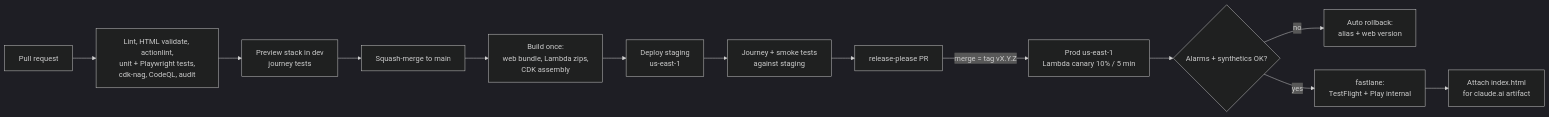
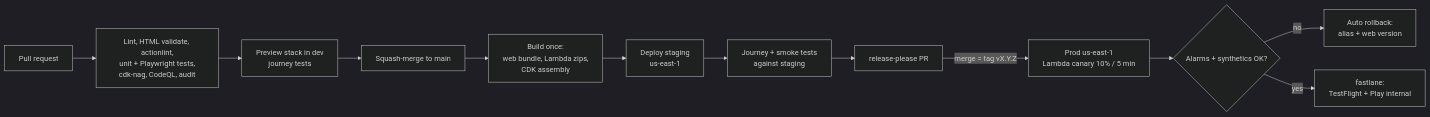
One commit to davetashner/supply-checkout changed diagram 12 of 12 in docs/architecture/README.md. Above: the diagram before and after it, drawn with Mermaid (dark theme). The commit also changed other lines of this file and 55 other files, not shown here.

First line of the commit message:
chore: retire the claude.ai artifact build (#506)

````diff
--- a/docs/architecture/README.md
+++ b/docs/architecture/README.md
@@ -514,15 +512,14 @@
 ```mermaid
 flowchart LR
   pr[Pull request] --> gates[Lint, HTML validate, actionlint,<br/>unit + Playwright tests,<br/>cdk-nag, CodeQL, audit]
   gates --> preview[Preview stack in dev<br/>journey tests]
   preview --> merge[Squash-merge to main]
   merge --> build[Build once:<br/>web bundle, Lambda zips,<br/>CDK assembly]
   build --> stg[Deploy staging<br/>us-east-1]
   stg --> stgtest[Journey + smoke tests<br/>against staging]
   stgtest --> rp[release-please PR]
   rp -->|merge = tag vX.Y.Z| prode[Prod us-east-1<br/>Lambda canary 10% / 5 min]
   prode --> cane{Alarms + synthetics OK?}
   cane -->|no| rbe[Auto rollback:<br/>alias + web version]
   cane -->|yes| mobile[fastlane:<br/>TestFlight + Play internal]
-  mobile --> art[Attach index.html<br/>for claude.ai artifact]
 ```
````
